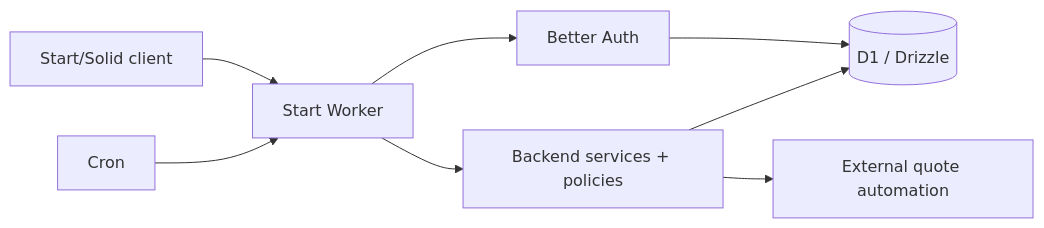
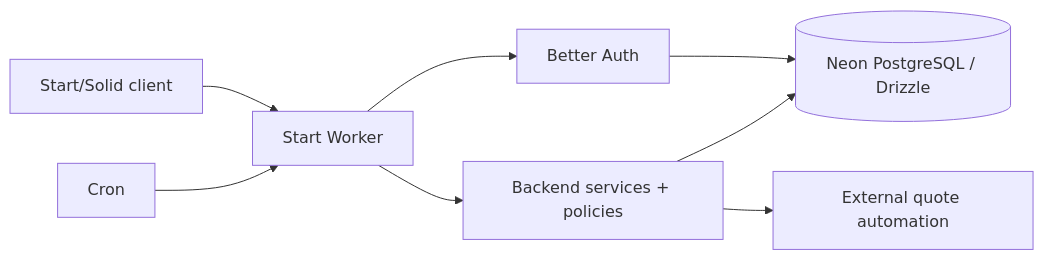
The diagram in docs/ARCHITECTURE.md (voltcrash/caret), drawn with Mermaid before and after one commit. The commit also changed other lines of this file and 12 other files, not shown here.

````diff
--- a/docs/ARCHITECTURE.md
+++ b/docs/ARCHITECTURE.md
@@ -109,10 +100,10 @@
 ```mermaid
 flowchart LR
   Browser[Start/Solid client] --> Worker[Start Worker]
   Worker --> Services[Backend services + policies]
   Worker --> Auth[Better Auth]
-  Auth --> D1[(D1 / Drizzle)]
-  Services --> D1
+  Auth --> Postgres[(Neon PostgreSQL / Drizzle)]
+  Services --> Postgres
   Cron[Cron] --> Worker
   Services --> Bridge[External quote automation]
 ```
````
